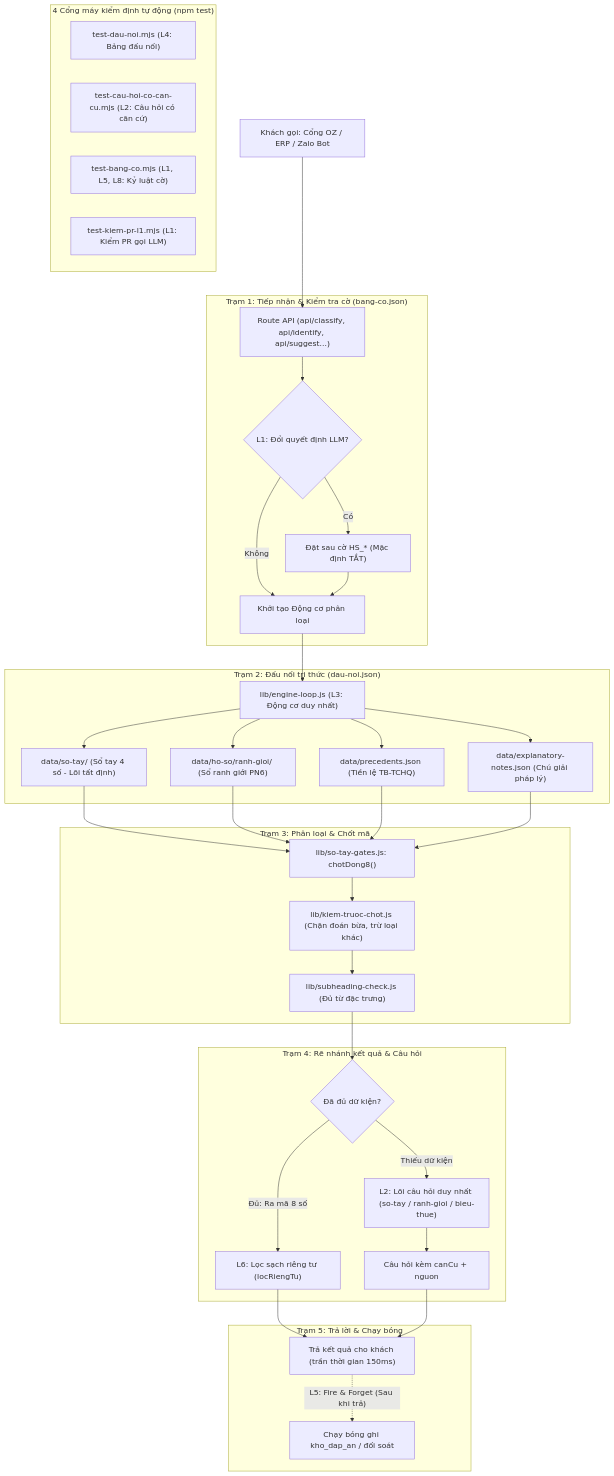
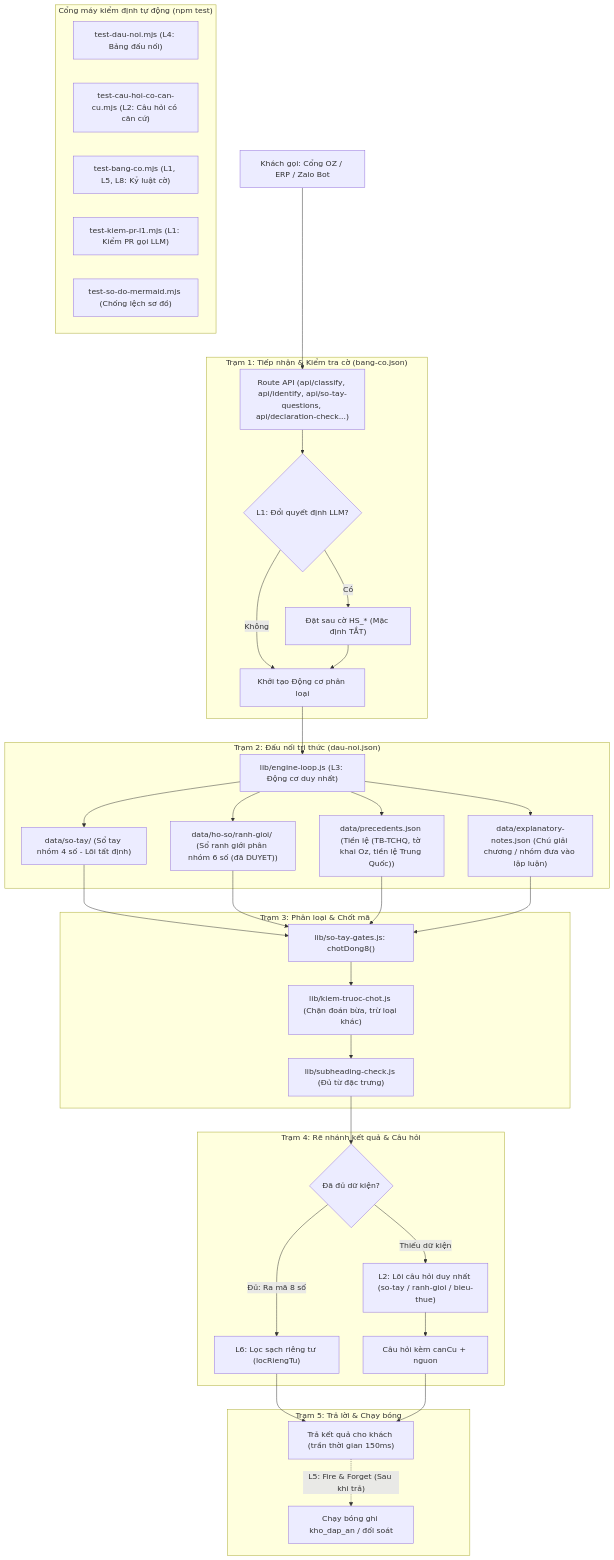
The diagram in docs/luat-duong-khach.md (ozvietnam/hs-code-api), drawn with Mermaid before and after one commit. The commit also changed other lines of this file and 4 other files, not shown here.

Commit message:
feat(diagram): triển khai song song bộ sinh sơ đồ tự động và cổng máy chống lệch (Zero Drift Gate)

````diff
--- a/docs/luat-duong-khach.md
+++ b/docs/luat-duong-khach.md
@@ -34,45 +35,46 @@
 ```mermaid
 flowchart TD
-    Client["Khách gọi: Cổng OZ / ERP / Zalo Bot"] --> Route["Route API (api/classify, api/identify, api/suggest...)"]
+    Client["Khách gọi: Cổng OZ / ERP / Zalo Bot"] --> Route["Route API (api/classify, api/identify, api/so-tay-questions, api/declaration-check...)"]
 
     subgraph SG1 ["Trạm 1: Tiếp nhận & Kiểm tra cờ (bang-co.json)"]
         Route --> GateL1{"L1: Đổi quyết định LLM?"}
         GateL1 -- "Có" --> FlagCheck["Đặt sau cờ HS_* (Mặc định TẮT)"]
         GateL1 -- "Không" --> EngineInit["Khởi tạo Động cơ phân loại"]
         FlagCheck --> EngineInit
     end
 
     subgraph SG2 ["Trạm 2: Đấu nối tri thức (dau-noi.json)"]
         EngineInit --> EngineLoop["lib/engine-loop.js (L3: Động cơ duy nhất)"]
-        EngineLoop --> ReadSoTay["data/so-tay/ (Sổ tay 4 số - Lõi tất định)"]
-        EngineLoop --> ReadPn6["data/ho-so/ranh-gioi/ (Sổ ranh giới PN6)"]
-        EngineLoop --> ReadTienLe["data/precedents.json (Tiền lệ TB-TCHQ)"]
-        EngineLoop --> ReadChuGiai["data/explanatory-notes.json (Chú giải pháp lý)"]
+        EngineLoop --> ReadSoTay["data/so-tay/ (Sổ tay nhóm 4 số - Lõi tất định)"]
+        EngineLoop --> ReadPn6["data/ho-so/ranh-gioi/ (Sổ ranh giới phân nhóm 6 số (đã DUYET))"]
+        EngineLoop --> ReadTienLe["data/precedents.json (Tiền lệ (TB-TCHQ, tờ khai Oz, tiền lệ Trung Quốc))"]
+        EngineLoop --> ReadChuGiai["data/explanatory-notes.json (Chú giải chương / nhóm đưa vào lập luận)"]
     end
 
     subgraph SG3 ["Trạm 3: Phân loại & Chốt mã"]
         ReadSoTay & ReadPn6 & ReadTienLe & ReadChuGiai --> ChotDong8["lib/so-tay-gates.js: chotDong8()"]
         ChotDong8 --> KiemChot["lib/kiem-truoc-chot.js (Chặn đoán bừa, trừ loại khác)"]
         KiemChot --> SubheadingCheck["lib/subheading-check.js (Đủ từ đặc trưng)"]
     end
 
     subgraph SG4 ["Trạm 4: Rẽ nhánh kết quả & Câu hỏi"]
         SubheadingCheck --> KetLuan{"Đã đủ dữ kiện?"}
         KetLuan -- "Đủ: Ra mã 8 số" --> FilterPrivacy["L6: Lọc sạch riêng tư (locRiengTu)"]
         KetLuan -- "Thiếu dữ kiện" --> QuestionCore["L2: Lõi câu hỏi duy nhất (so-tay / ranh-gioi / bieu-thue)"]
         QuestionCore --> QuestionWithEvidence["Câu hỏi kèm canCu + nguon"]
     end
 
     subgraph SG5 ["Trạm 5: Trả lời & Chạy bóng"]
         FilterPrivacy --> ReturnClient["Trả kết quả cho khách (trần thời gian 150ms)"]
         QuestionWithEvidence --> ReturnClient
         ReturnClient -. "L5: Fire & Forget (Sau khi trả)" .-> ShadowRun["Chạy bóng ghi kho_dap_an / đối soát"]
     end
 
-    subgraph SG_Gates ["4 Cổng máy kiểm định tự động (npm test)"]
+    subgraph SG_Gates ["Cổng máy kiểm định tự động (npm test)"]
         TestDauNoi["test-dau-noi.mjs (L4: Bảng đấu nối)"]
         TestCauHoi["test-cau-hoi-co-can-cu.mjs (L2: Câu hỏi có căn cứ)"]
         TestBangCo["test-bang-co.mjs (L1, L5, L8: Kỷ luật cờ)"]
         TestKiemPr["test-kiem-pr-l1.mjs (L1: Kiểm PR gọi LLM)"]
+        TestMermaid["test-so-do-mermaid.mjs (Chống lệch sơ đồ)"]
     end
 ```
````
